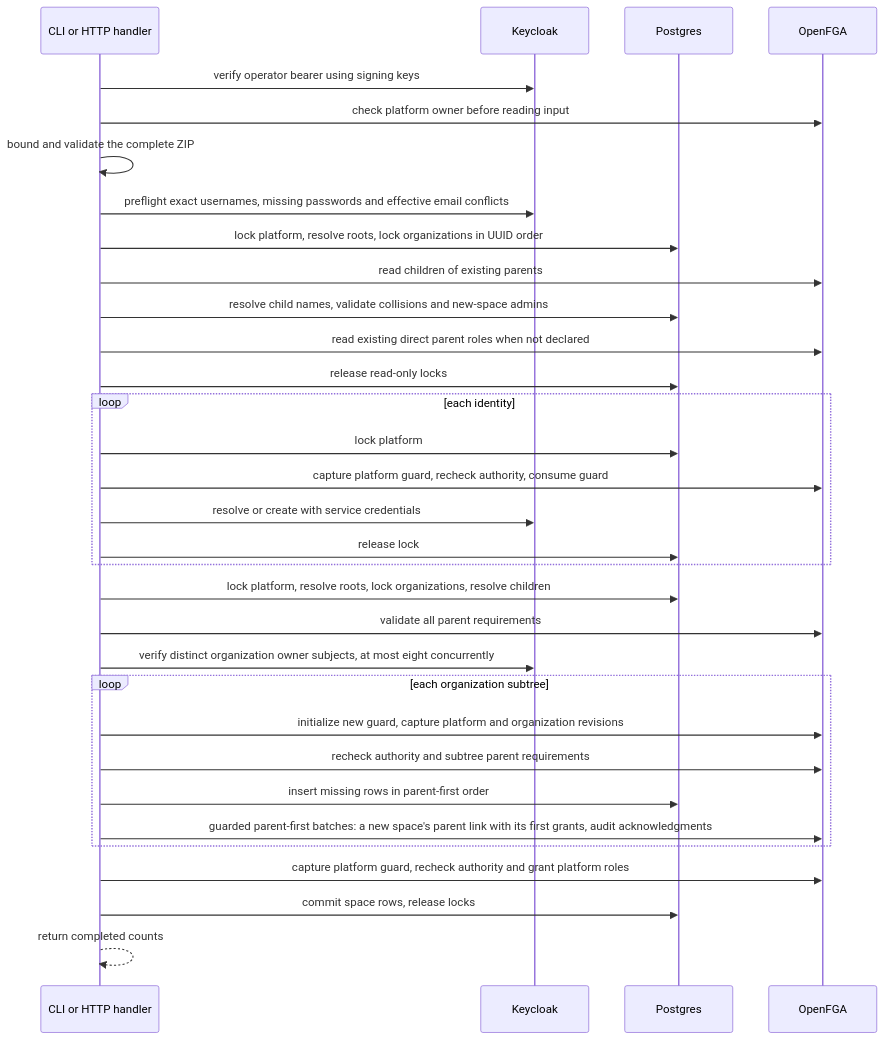
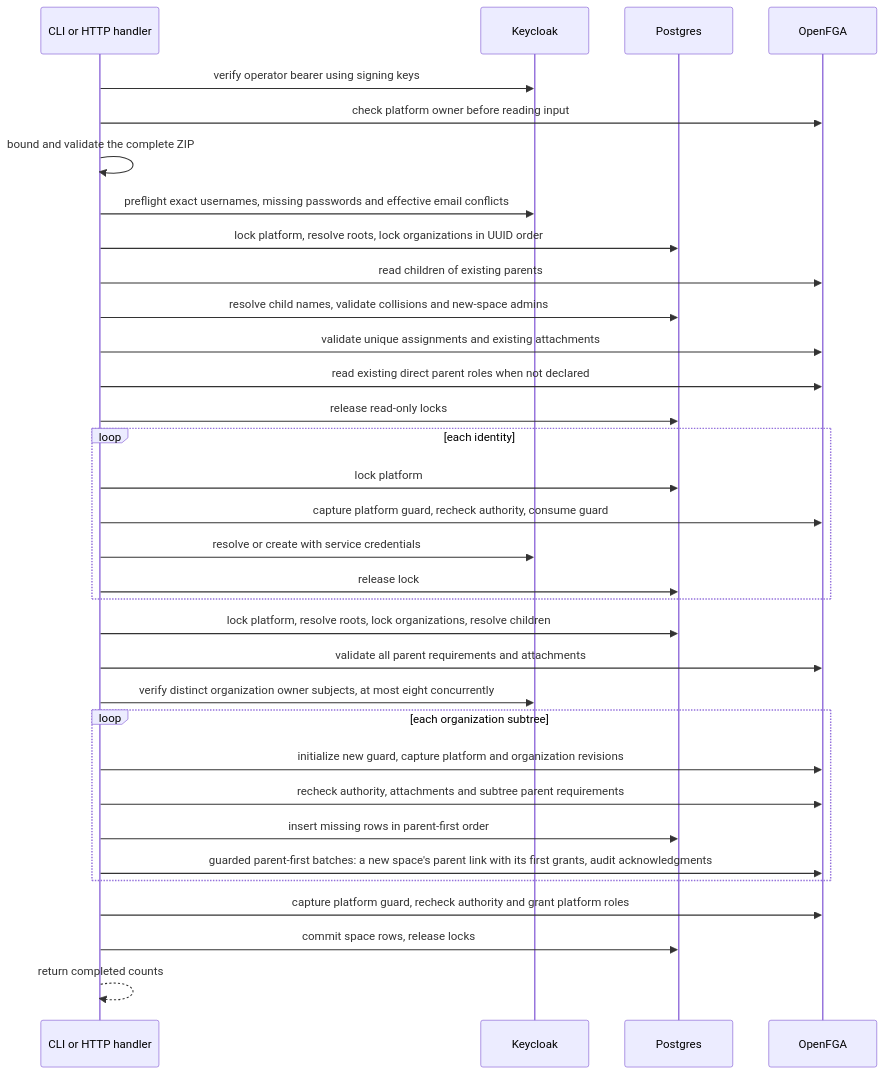
One commit to ThalesGroup/fred changed the ninth of 9 diagrams in docs/architecture/A1-manager-runtime.md. Above: the diagram before and after it, drawn with Mermaid. The commit also changed other lines of this file and 22 other files, not shown here.

````diff
--- a/docs/architecture/A1-manager-runtime.md
+++ b/docs/architecture/A1-manager-runtime.md
@@ -363,34 +371,35 @@
 ```mermaid
 sequenceDiagram
     participant C as CLI or HTTP handler
     participant KC as Keycloak
     participant PG as Postgres
     participant FGA as OpenFGA
     C->>KC: verify operator bearer using signing keys
     C->>FGA: check platform owner before reading input
     C->>C: bound and validate the complete ZIP
     C->>KC: preflight exact usernames, missing passwords and effective email conflicts
     C->>PG: lock platform, resolve roots, lock organizations in UUID order
     C->>FGA: read children of existing parents
     C->>PG: resolve child names, validate collisions and new-space admins
+    C->>FGA: validate unique assignments and existing attachments
     C->>FGA: read existing direct parent roles when not declared
     C->>PG: release read-only locks
     loop each identity
         C->>PG: lock platform
         C->>FGA: capture platform guard, recheck authority, consume guard
         C->>KC: resolve or create with service credentials
         C->>PG: release lock
     end
     C->>PG: lock platform, resolve roots, lock organizations, resolve children
-    C->>FGA: validate all parent requirements
+    C->>FGA: validate all parent requirements and attachments
     C->>KC: verify distinct organization owner subjects, at most eight concurrently
     loop each organization subtree
         C->>FGA: initialize new guard, capture platform and organization revisions
-        C->>FGA: recheck authority and subtree parent requirements
+        C->>FGA: recheck authority, attachments and subtree parent requirements
         C->>PG: insert missing rows in parent-first order
         C->>FGA: guarded parent-first batches: a new space's parent link with its first grants, audit acknowledgments
     end
     C->>FGA: capture platform guard, recheck authority and grant platform roles
     C->>PG: commit space rows, release locks
     C-->>C: return completed counts
 ```
````
